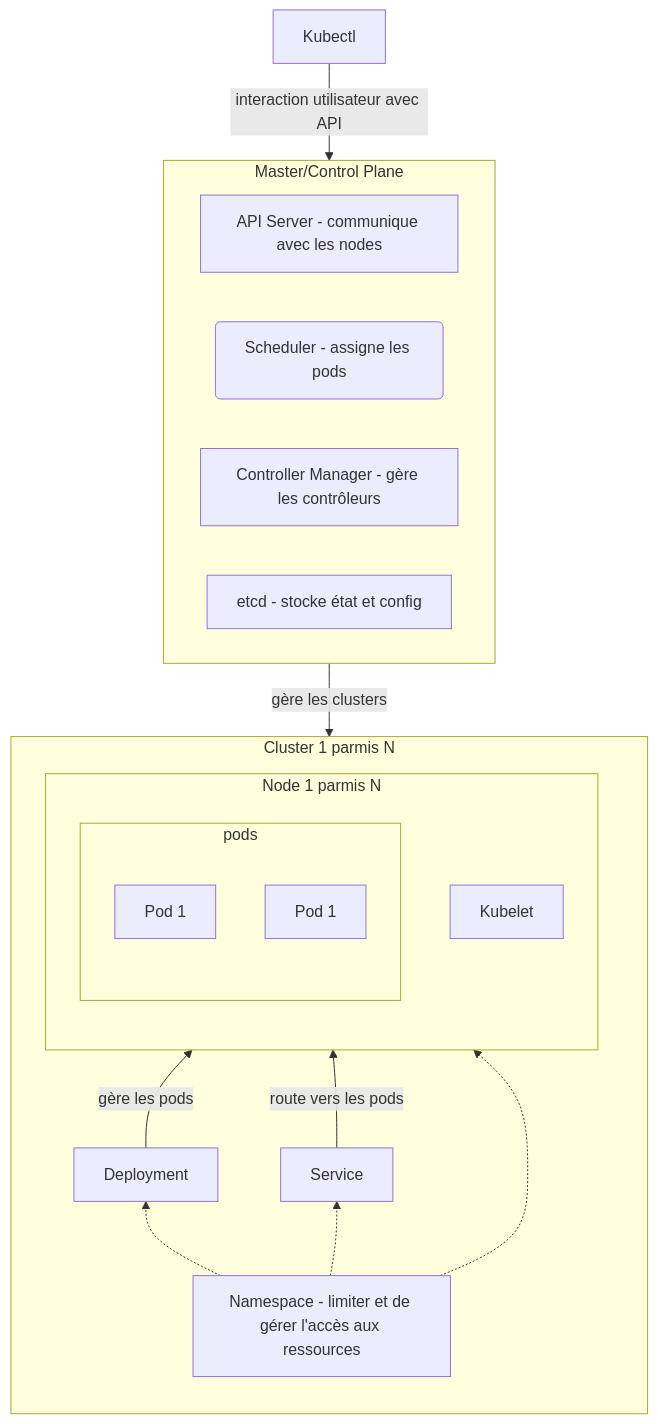
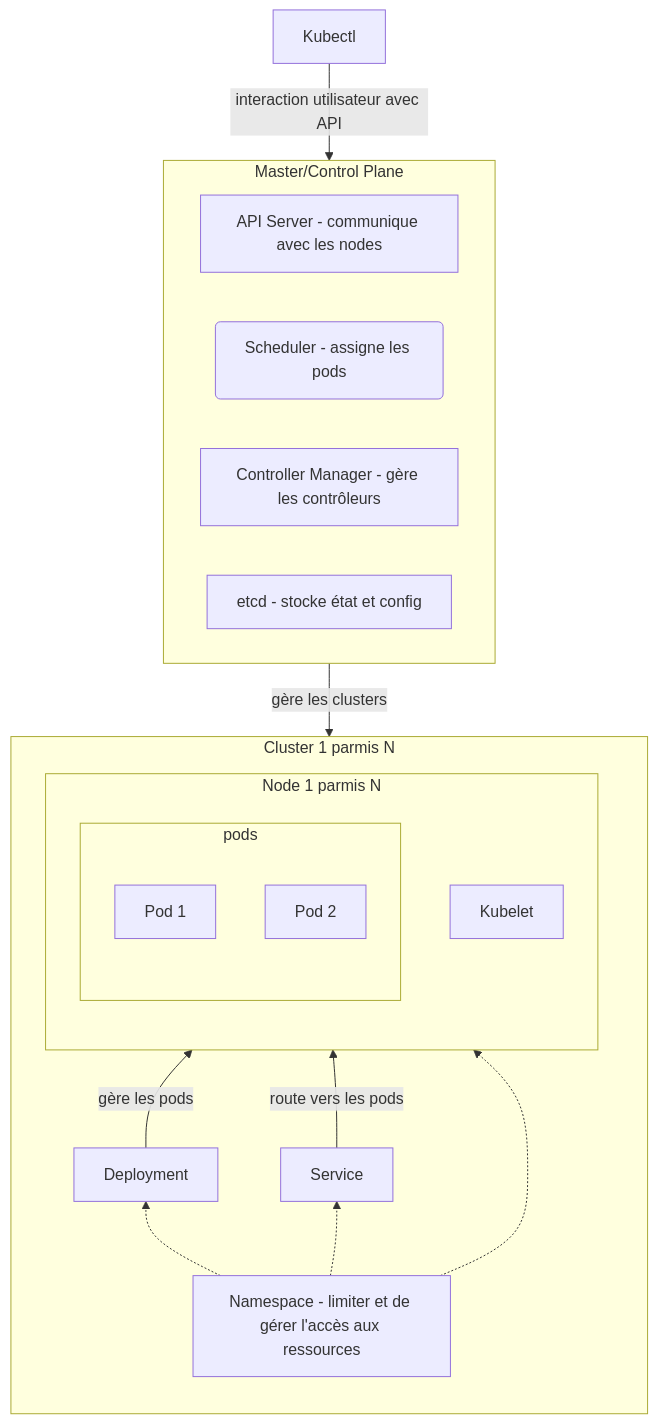
The second of 2 diagrams in content/skills/container.md (joyearnaud/hominem), drawn with Mermaid before and after one commit.

Commit message:
fix mermaid graph

````diff
--- a/content/skills/container.md
+++ b/content/skills/container.md
@@ -135,35 +135,35 @@
 ```mermaid
 flowchart TD;
     subgraph master [Master/Control Plane]
     direction LR
       apiserver["API Server - communique avec les nodes"]
       scheduler("Scheduler - assigne les pods")
       controller[Controller Manager - gère les contrôleurs]
       etcd[etcd - stocke état et config]
     end
   
     subgraph n1[Node 1 parmis N]
     direction BT
       kubelet1[Kubelet]
       subgraph pn1[pods]
         pod1[Pod 1]
-        pod2[Pod 1]
+        pod2[Pod 2]
       end
     end
 
     subgraph c1[Cluster 1 parmis N]
     direction BT
       deployment[Deployment]
       service[Service]
       namespace[Namespace - limiter et de gérer l'accès aux ressources]
       n1
     end
 
     kubectl[Kubectl] -->|interaction utilisateur avec API| master
     master -->|"gère les clusters"| c1
     deployment -->|gère les pods| pn1
     service -->|route vers les pods| pn1
     namespace -.-> pn1
     namespace -.-> deployment
     namespace -.-> service
 ```
````
